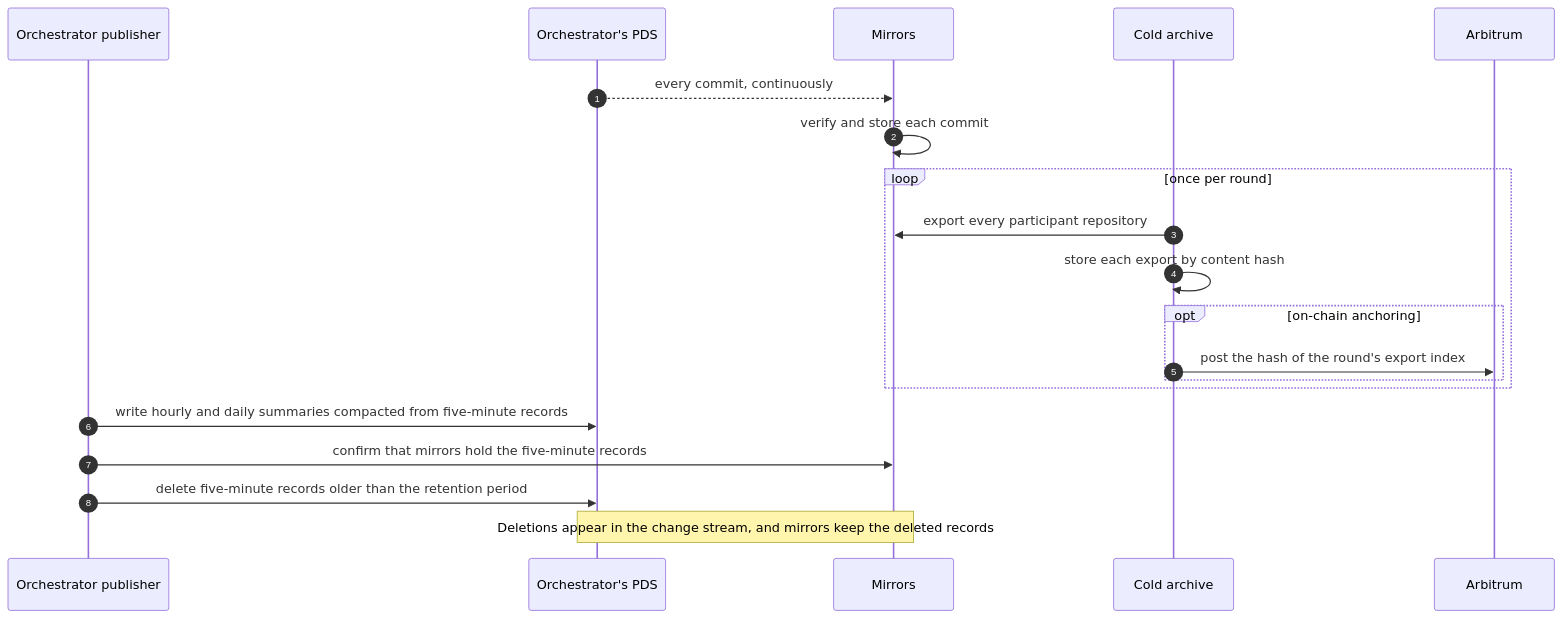
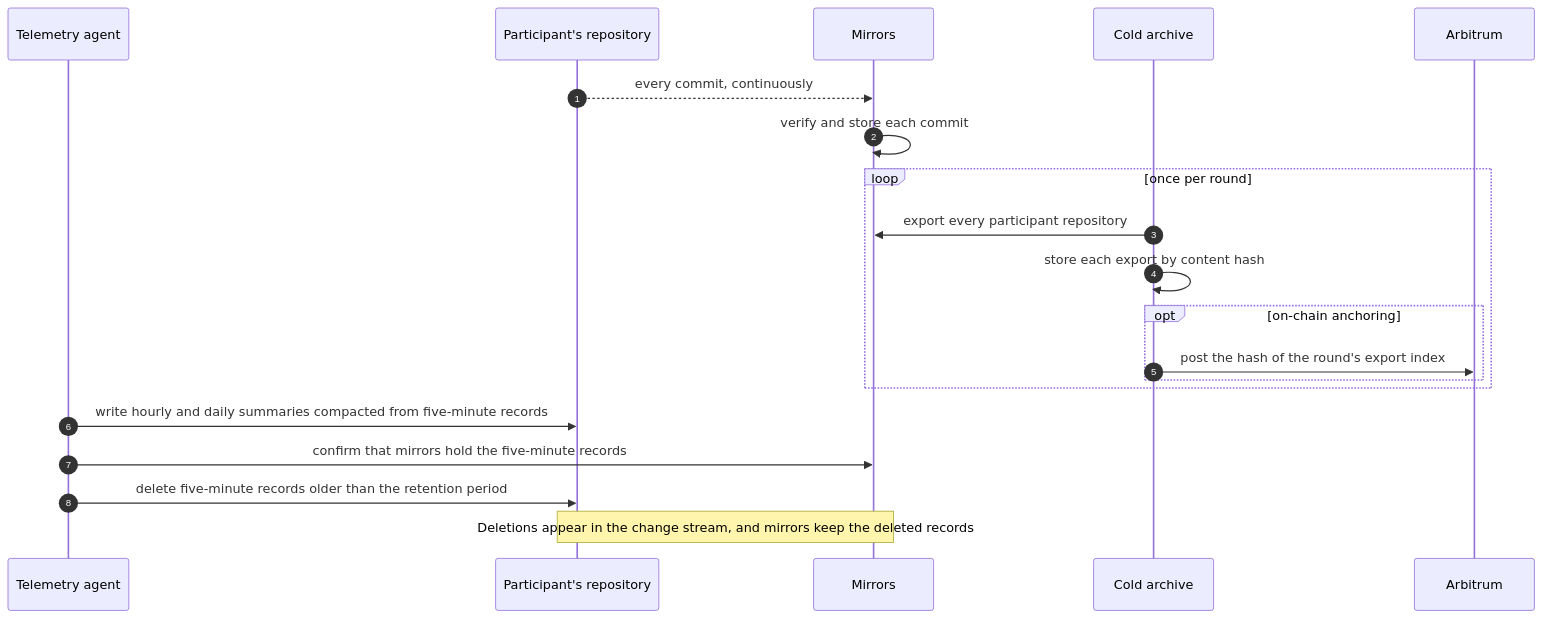
Before and after one commit to Cloud-SPE/Livepeer-AT-Protocol: the sixth of 8 diagrams in appendix-d-sequence-diagrams.md, drawn with Mermaid. The commit also changed other lines of this file and 6 other files, not shown here.

````diff
--- a/appendix-d-sequence-diagrams.md
+++ b/appendix-d-sequence-diagrams.md
@@ -194,23 +249,23 @@
 ```mermaid
 sequenceDiagram
   autonumber
-  participant Pub as Orchestrator publisher
-  participant OP as Orchestrator's PDS
+  participant Ag as Telemetry agent
+  participant Rp as Participant's repository
   participant M as Mirrors
   participant C as Cold archive
   participant Chain as Arbitrum
 
-  OP-->>M: every commit, continuously
+  Rp-->>M: every commit, continuously
   M->>M: verify and store each commit
   loop once per round
     C->>M: export every participant repository
     C->>C: store each export by content hash
     opt on-chain anchoring
       C->>Chain: post the hash of the round's export index
     end
   end
-  Pub->>OP: write hourly and daily summaries compacted from five-minute records
-  Pub->>M: confirm that mirrors hold the five-minute records
-  Pub->>OP: delete five-minute records older than the retention period
-  Note over OP,M: Deletions appear in the change stream, and mirrors keep the deleted records
+  Ag->>Rp: write hourly and daily summaries compacted from five-minute records
+  Ag->>M: confirm that mirrors hold the five-minute records
+  Ag->>Rp: delete five-minute records older than the retention period
+  Note over Rp,M: Deletions appear in the change stream, and mirrors keep the deleted records
 ```
````
